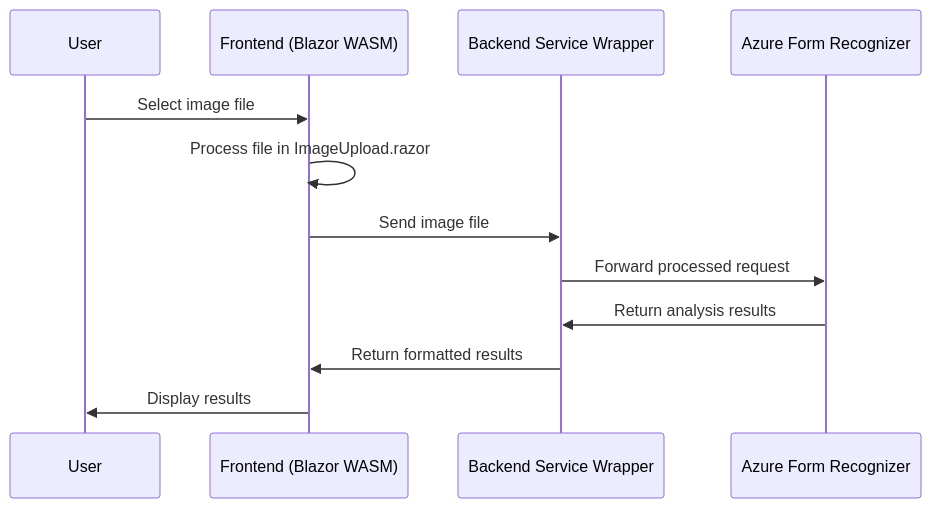
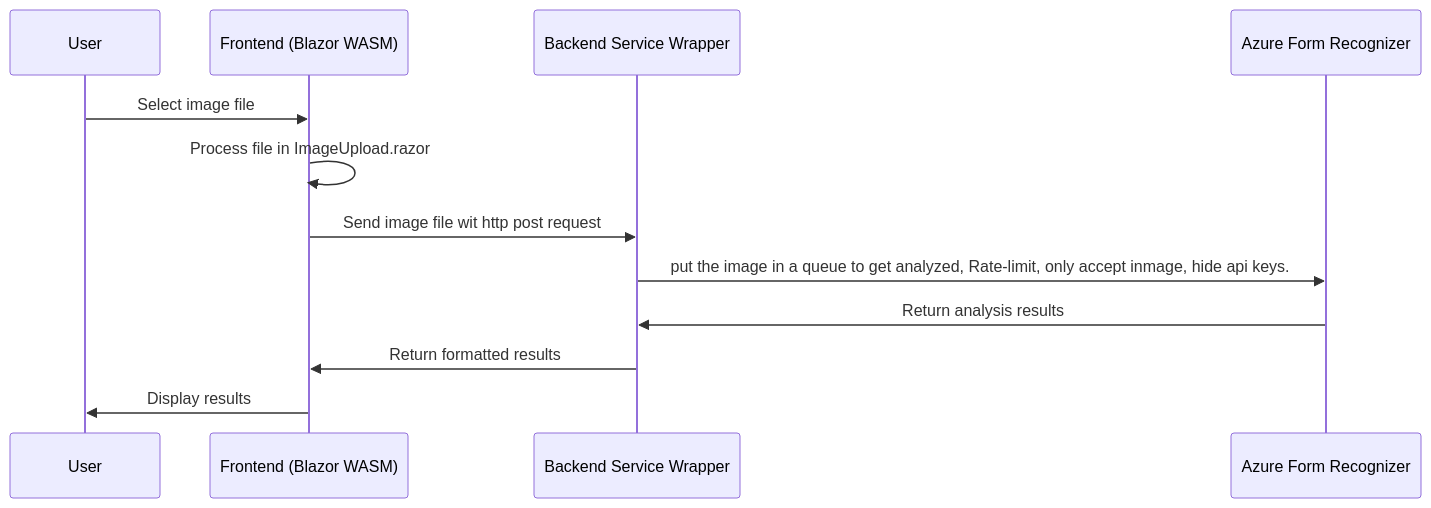
Before and after one commit to eric-fern/ImageReader: the diagram in readme.md, drawn with Mermaid.

````diff
--- a/readme.md
+++ b/readme.md
@@ -10,15 +10,15 @@
 ```mermaid
 sequenceDiagram
 participant User
 participant Frontend as Frontend (Blazor WASM)
 participant Backend as Backend Service Wrapper
 participant Azure as Azure Form Recognizer
 
 User->>Frontend: Select image file
 Frontend->>Frontend: Process file in ImageUpload.razor
-Frontend->>Backend: Send image file
-Backend->>Azure: Forward processed request
+Frontend->>Backend: Send image file wit http post request
+Backend->>Azure: put the image in a queue to get analyzed, Rate-limit, only accept inmage, hide api keys.
 Azure->>Backend: Return analysis results
 Backend->>Frontend: Return formatted results
 Frontend->>User: Display results
 ```
````
